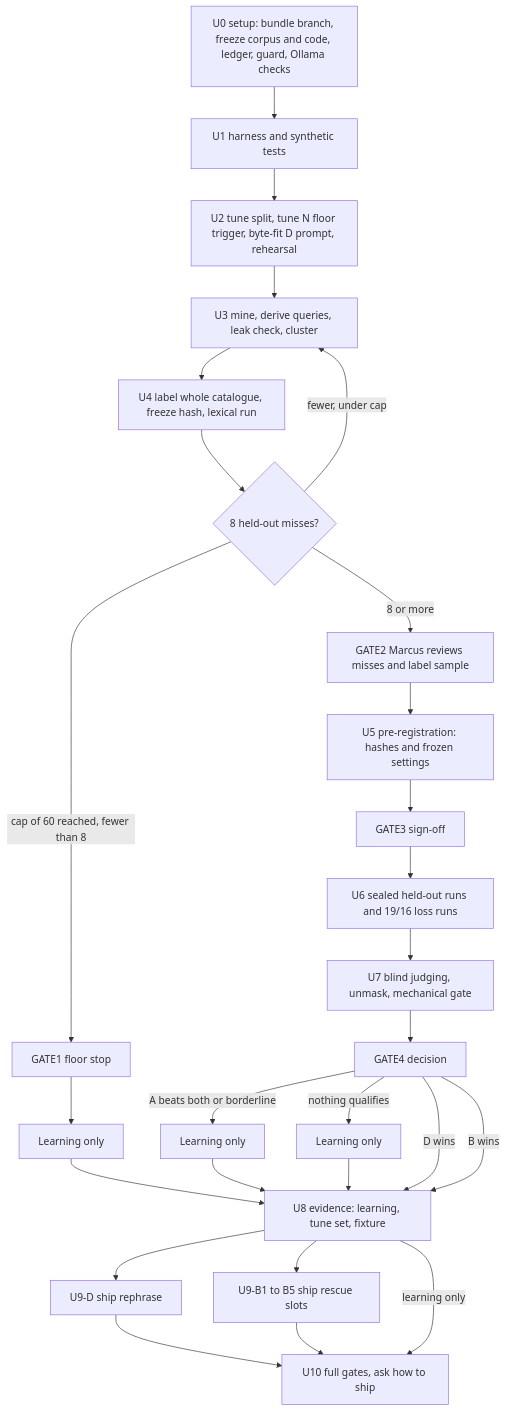
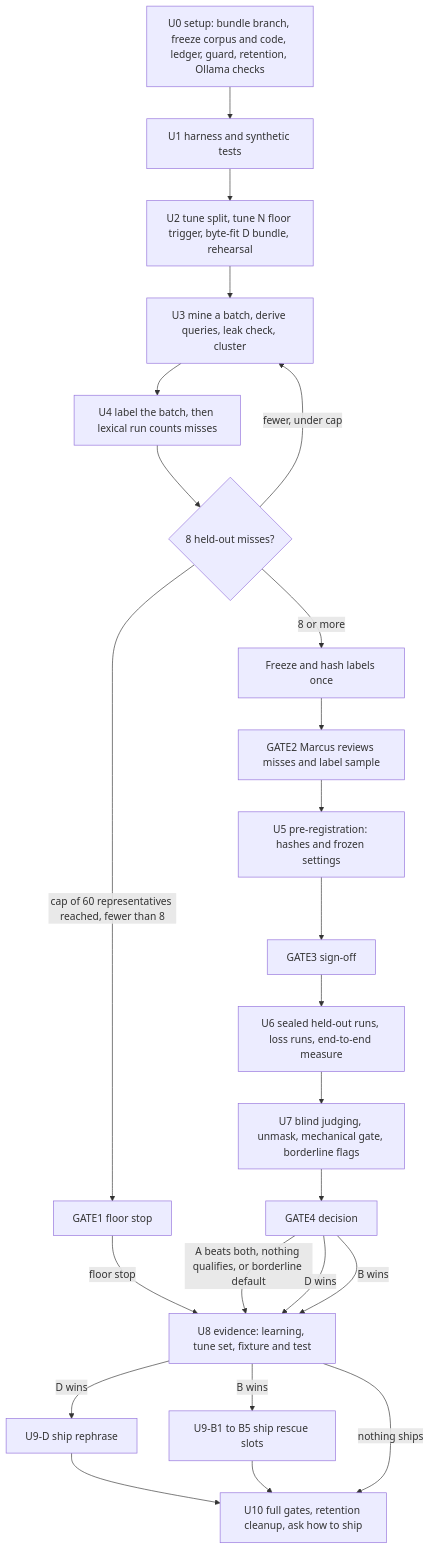
One commit to marcusrbrown/systematic changed the diagram in docs/plans/2026-10-31-001-feat-hybrid-search-evaluation-plan.md. Above: the diagram before and after it, drawn with Mermaid. The commit also changed other lines of this file, not shown here.

````diff
--- a/docs/plans/2026-10-31-001-feat-hybrid-search-evaluation-plan.md
+++ b/docs/plans/2026-10-31-001-feat-hybrid-search-evaluation-plan.md
@@ -313,29 +326,26 @@
 ```mermaid
 flowchart TB
-  U0[U0 setup: bundle branch, freeze corpus and code, ledger, guard, Ollama checks] --> U1[U1 harness and synthetic tests]
-  U1 --> U2[U2 tune split, tune N floor trigger, byte-fit D prompt, rehearsal]
-  U2 --> U3[U3 mine, derive queries, leak check, cluster]
-  U3 --> U4[U4 label whole catalogue, freeze hash, lexical run]
+  U0[U0 setup: bundle branch, freeze corpus and code, ledger, guard, retention, Ollama checks] --> U1[U1 harness and synthetic tests]
+  U1 --> U2[U2 tune split, tune N floor trigger, byte-fit D bundle, rehearsal]
+  U2 --> U3[U3 mine a batch, derive queries, leak check, cluster]
+  U3 --> U4[U4 label the batch, then lexical run counts misses]
   U4 --> F{8 held-out misses?}
   F -->|fewer, under cap| U3
-  F -->|cap of 60 reached, fewer than 8| G1[GATE1 floor stop]
-  G1 --> L1[Learning only]
-  F -->|8 or more| G2[GATE2 Marcus reviews misses and label sample]
+  F -->|cap of 60 representatives reached, fewer than 8| G1[GATE1 floor stop]
+  G1 -->|floor stop| U8
+  F -->|8 or more| FZ[Freeze and hash labels once]
+  FZ --> G2[GATE2 Marcus reviews misses and label sample]
   G2 --> U5[U5 pre-registration: hashes and frozen settings]
   U5 --> G3[GATE3 sign-off]
-  G3 --> U6[U6 sealed held-out runs and 19/16 loss runs]
-  U6 --> U7[U7 blind judging, unmask, mechanical gate]
+  G3 --> U6[U6 sealed held-out runs, loss runs, end-to-end measure]
+  U6 --> U7[U7 blind judging, unmask, mechanical gate, borderline flags]
   U7 --> G4[GATE4 decision]
-  G4 -->|A beats both or borderline| L2[Learning only]
-  G4 -->|nothing qualifies| L3[Learning only]
-  G4 -->|D wins| U8[U8 evidence: learning, tune set, fixture]
+  G4 -->|A beats both, nothing qualifies, or borderline default| U8[U8 evidence: learning, tune set, fixture and test]
+  G4 -->|D wins| U8
   G4 -->|B wins| U8
-  U8 --> C1[U9-D ship rephrase]
-  U8 --> C2[U9-B1 to B5 ship rescue slots]
-  L1 --> U8
-  L2 --> U8
-  L3 --> U8
-  C1 --> U10[U10 full gates, ask how to ship]
+  U8 -->|D wins| C1[U9-D ship rephrase]
+  U8 -->|B wins| C2[U9-B1 to B5 ship rescue slots]
+  C1 --> U10[U10 full gates, retention cleanup, ask how to ship]
   C2 --> U10
-  U8 -->|learning only| U10
+  U8 -->|nothing ships| U10
 ```
````
